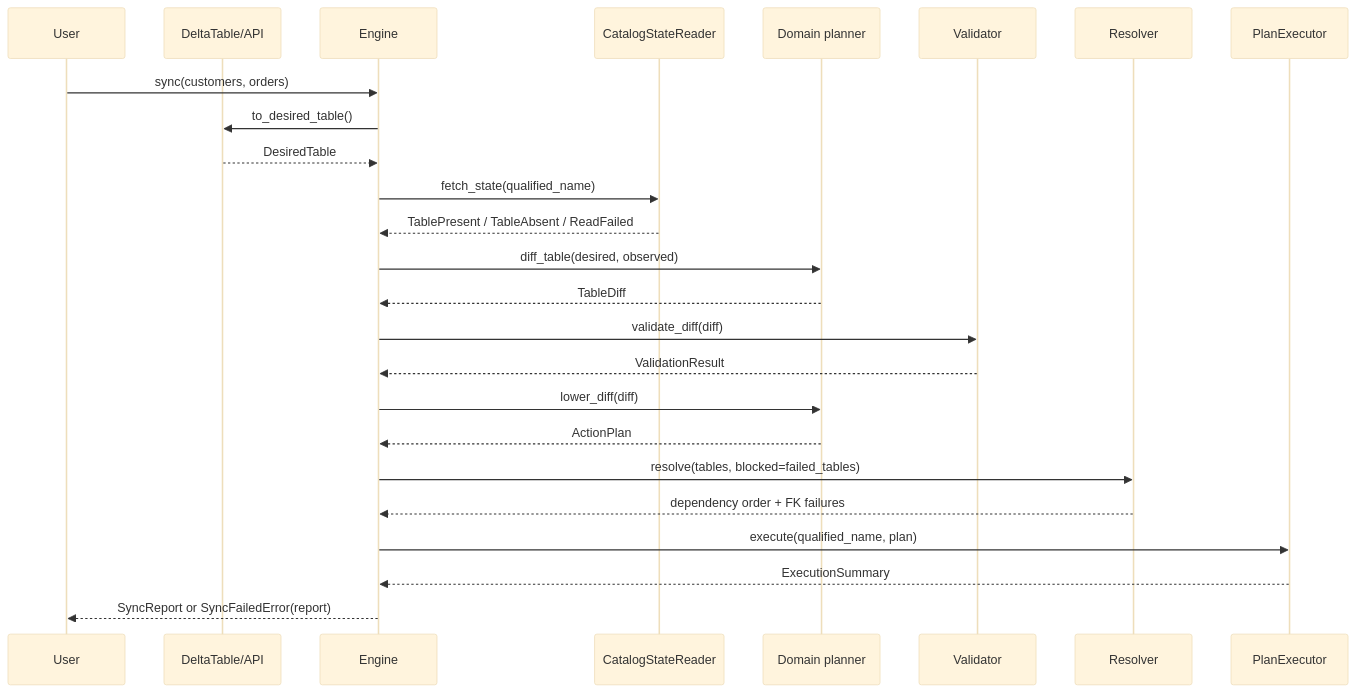
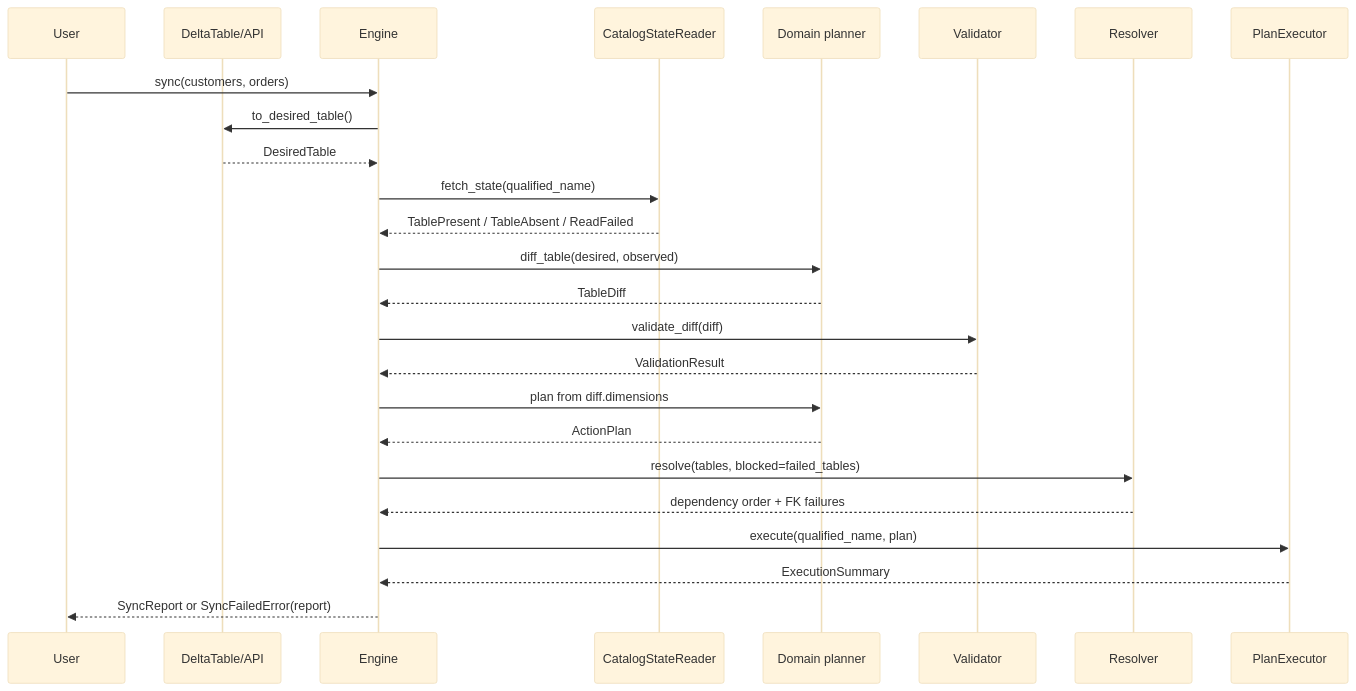
Before and after one commit to Tomoscorbin/delta-engine: the third of 4 diagrams in docs/explanation-architecture.md, drawn with Mermaid (base theme). The commit also changed other lines of this file, not shown here.

Commit message:
docs: update architecture docs for dimension-owned planning

````diff
--- a/docs/explanation-architecture.md
+++ b/docs/explanation-architecture.md
@@ -76,28 +76,28 @@
 ```mermaid
 sequenceDiagram
     participant User
     participant API as DeltaTable/API
     participant Engine
     participant Reader as CatalogStateReader
     participant Domain as Domain planner
     participant Validator
     participant Resolver
     participant Executor as PlanExecutor
 
     User->>Engine: sync(customers, orders)
     Engine->>API: to_desired_table()
     API-->>Engine: DesiredTable
     Engine->>Reader: fetch_state(qualified_name)
     Reader-->>Engine: TablePresent / TableAbsent / ReadFailed
     Engine->>Domain: diff_table(desired, observed)
     Domain-->>Engine: TableDiff
     Engine->>Validator: validate_diff(diff)
     Validator-->>Engine: ValidationResult
-    Engine->>Domain: lower_diff(diff)
+    Engine->>Domain: plan from diff.dimensions
     Domain-->>Engine: ActionPlan
     Engine->>Resolver: resolve(tables, blocked=failed_tables)
     Resolver-->>Engine: dependency order + FK failures
     Engine->>Executor: execute(qualified_name, plan)
     Executor-->>Engine: ExecutionSummary
     Engine-->>User: SyncReport or SyncFailedError(report)
 ```
````
